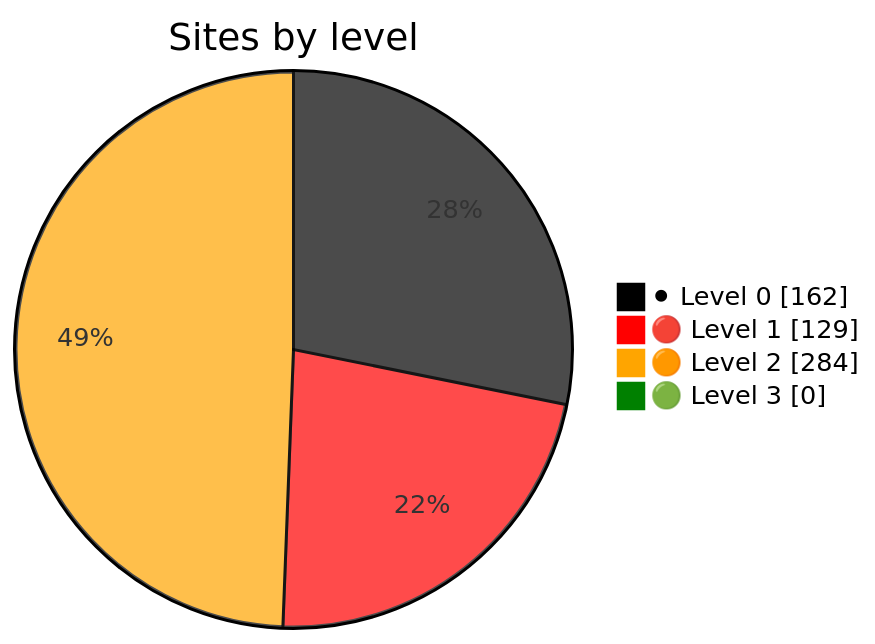
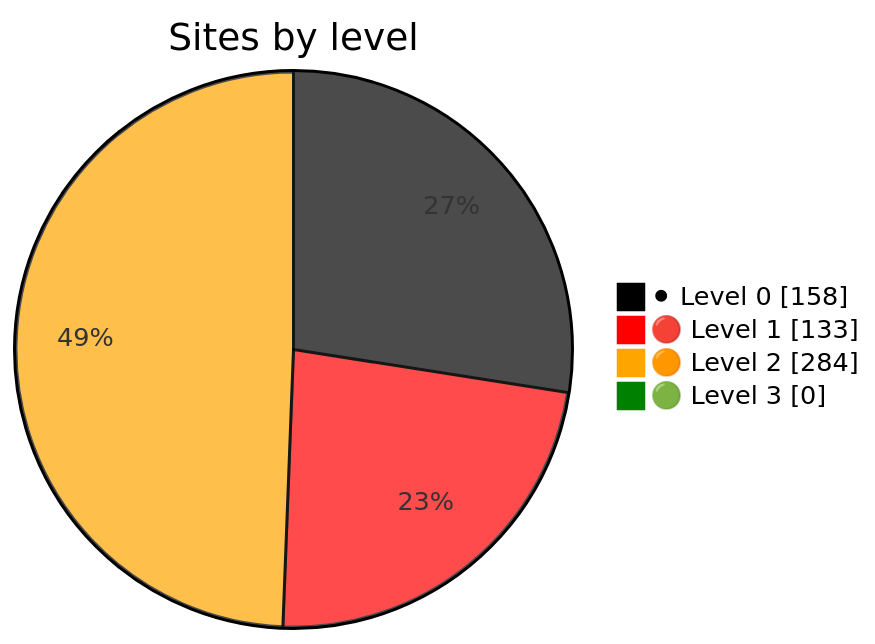
Before and after one commit to nuuuwan/gov_lk_web_auditor: the diagram in README.md, drawn with Mermaid. The commit also changed other lines of this file and 2592 other files, not shown here.

````diff
--- a/README.md
+++ b/README.md
@@ -24,9 +24,9 @@
 ```mermaid
 %%{init: {"themeVariables":{"pie1":"black","pie2":"red","pie3":"orange","pie4":"green"}}}%%
 pie showData
     title Sites by level
-    "⚫ Level 0" : 162
-    "🔴 Level 1" : 129
+    "⚫ Level 0" : 158
+    "🔴 Level 1" : 133
     "🟠 Level 2" : 284
     "🟢 Level 3" : 0
 ```
````
